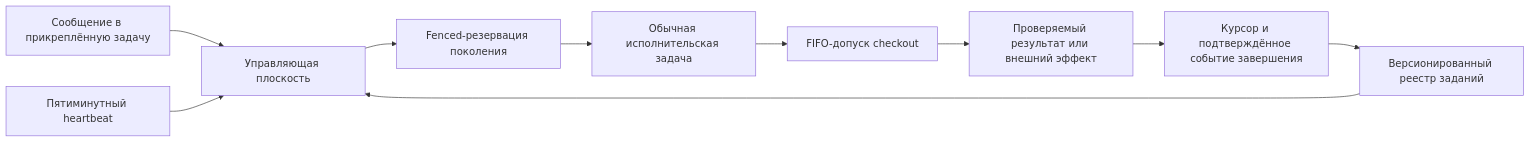
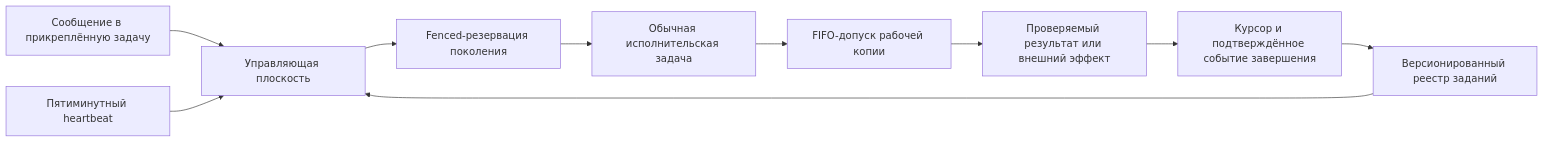
One commit to fum-lab/fum changed the diagram in Документация/45-диспетчер-автоматизаций-FUM.md. Above: the diagram before and after it, drawn with Mermaid. The commit also changed other lines of this file and 85 other files, not shown here.

````diff
--- a/Документация/45-диспетчер-автоматизаций-FUM.md
+++ b/Документация/45-диспетчер-автоматизаций-FUM.md
@@ -13,12 +13,12 @@
 ```mermaid
 flowchart LR
     message["Сообщение в прикреплённую задачу"] --> control["Управляющая плоскость"]
     heartbeat["Пятиминутный heartbeat"] --> control
     registry["Версионированный реестр заданий"] --> control
     control --> claim["Fenced-резервация поколения"]
     claim --> task["Обычная исполнительская задача"]
-    task --> fifo["FIFO-допуск checkout"]
+    task --> fifo["FIFO-допуск рабочей копии"]
     fifo --> effect["Проверяемый результат или внешний эффект"]
     effect --> cursor["Курсор и подтверждённое событие завершения"]
     cursor --> registry
 ```
````
